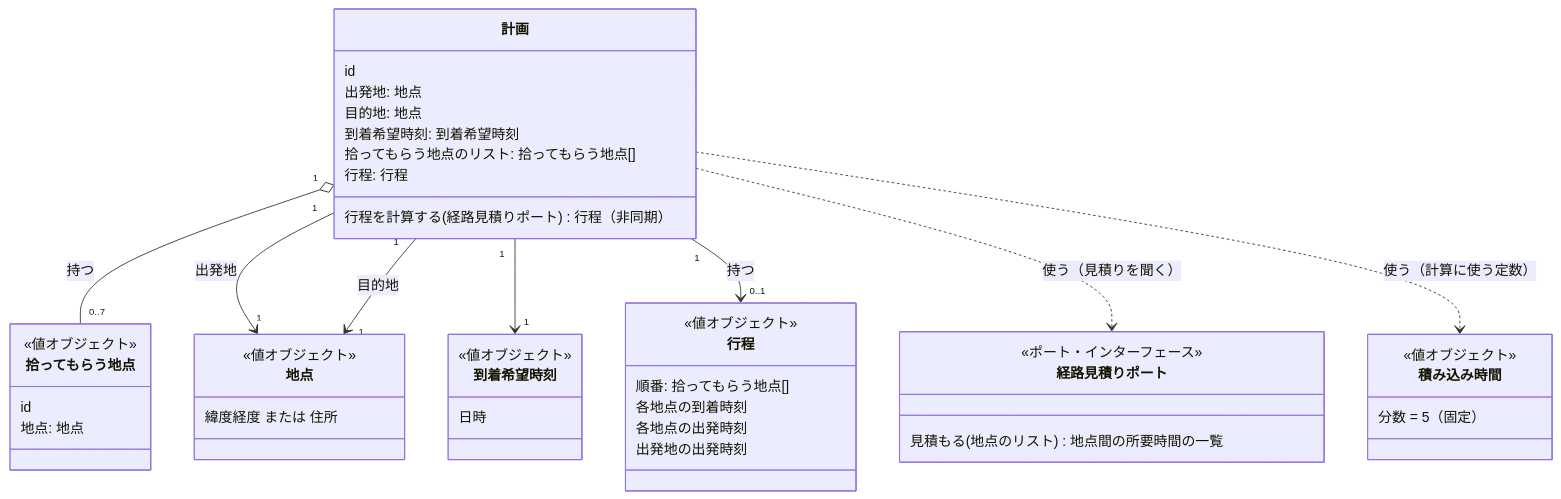
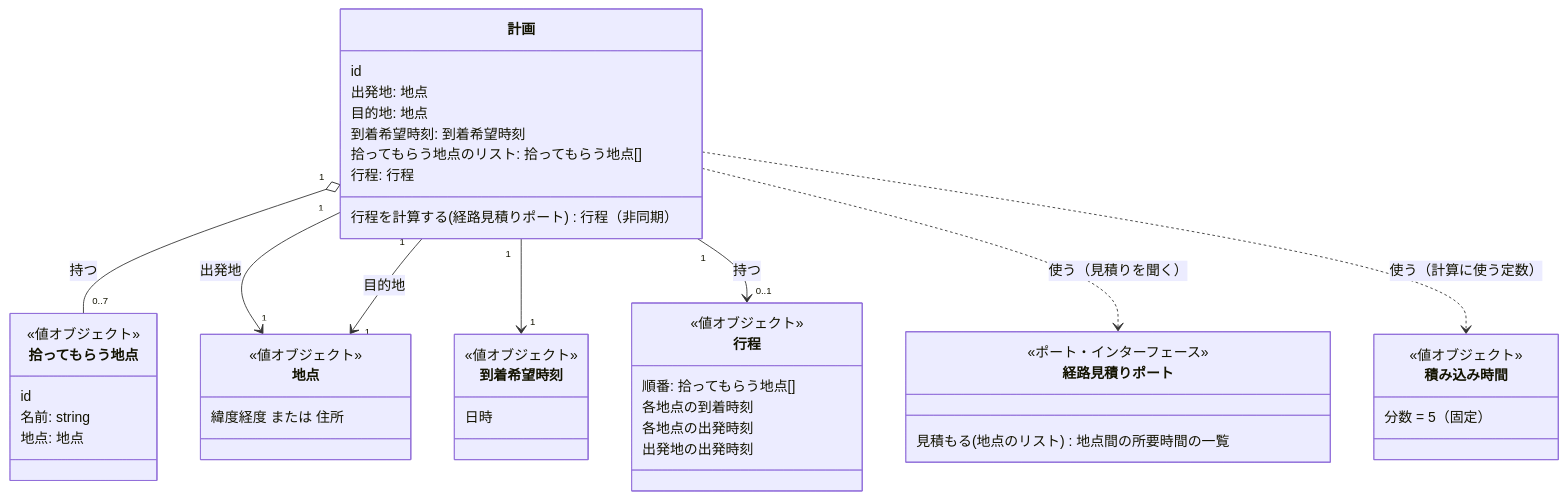
Before and after one commit to kkaiz-dev/pickup-planner: the diagram in docs/design/02-how.md, drawn with Mermaid. The commit also changed other lines of this file and 16 other files, not shown here.

First line of the commit message:
feat: 拾ってもらう地点に名前を追加し、地図プレビューを表示する

````diff
--- a/docs/design/02-how.md
+++ b/docs/design/02-how.md
@@ -11,54 +11,55 @@
 ```mermaid
 classDiagram
     class 計画 {
       id
       出発地: 地点
       目的地: 地点
       到着希望時刻: 到着希望時刻
       拾ってもらう地点のリスト: 拾ってもらう地点[]
       行程: 行程
       行程を計算する(経路見積りポート) 行程（非同期）
     }
 
     class 地点 {
       <<値オブジェクト>>
       緯度経度 または 住所
     }
 
     class 拾ってもらう地点 {
       <<値オブジェクト>>
       id
+      名前: string
       地点: 地点
     }
 
     class 到着希望時刻 {
       <<値オブジェクト>>
       日時
     }
 
     class 積み込み時間 {
       <<値オブジェクト>>
       分数 = 5（固定）
     }
 
     class 行程 {
       <<値オブジェクト>>
       順番: 拾ってもらう地点[]
       各地点の到着時刻
       各地点の出発時刻
       出発地の出発時刻
     }
 
     class 経路見積りポート {
       <<ポート・インターフェース>>
       見積もる(地点のリスト) 地点間の所要時間の一覧
     }
 
     計画 "1" o-- "0..7" 拾ってもらう地点 : 持つ
     計画 "1" --> "1" 地点 : 出発地
     計画 "1" --> "1" 地点 : 目的地
     計画 "1" --> "1" 到着希望時刻
     計画 "1" --> "0..1" 行程 : 持つ
     計画 ..> 経路見積りポート : 使う（見積りを聞く）
     計画 ..> 積み込み時間 : 使う（計算に使う定数）
 ```
````
